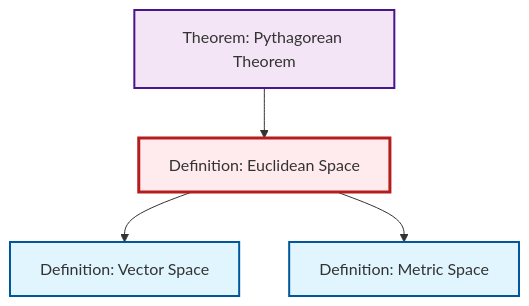
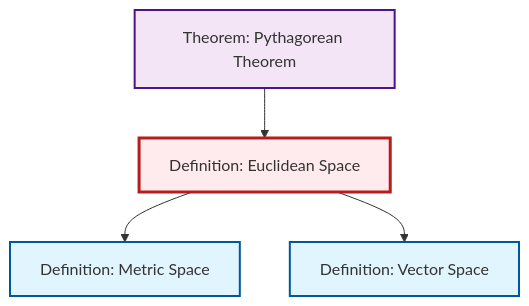
Before and after one commit to RK0429/ModernMath: the second of 2 diagrams in content/ja/geometry/def-euclidean-space.qmd, drawn with Mermaid. The commit also changed other lines of this file and 497 other files, not shown here.

````diff
--- a/content/ja/geometry/def-euclidean-space.qmd
+++ b/content/ja/geometry/def-euclidean-space.qmd
@@ -68,20 +68,20 @@
 ```{mermaid}
 %%| fig-cap: "Local dependency graph"
 graph TD
     classDef definition fill:#e1f5fe,stroke:#01579b,stroke-width:2px
     classDef theorem fill:#f3e5f5,stroke:#4a148c,stroke-width:2px
     classDef axiom fill:#fff3e0,stroke:#e65100,stroke-width:2px
     classDef example fill:#e8f5e9,stroke:#1b5e20,stroke-width:2px
     classDef current fill:#ffebee,stroke:#b71c1c,stroke-width:3px
+    def-euclidean-space["Definition: Euclidean Space"]:::definition
+    thm-pythagorean["Theorem: Pythagorean Theorem"]:::theorem
     def-metric-space["Definition: Metric Space"]:::definition
-    thm-pythagorean["Theorem: Pythagorean Theorem"]:::theorem
     def-vector-space["Definition: Vector Space"]:::definition
-    def-euclidean-space["Definition: Euclidean Space"]:::definition
+    thm-pythagorean --> def-euclidean-space
+    def-euclidean-space --> def-metric-space
     def-euclidean-space --> def-vector-space
-    def-euclidean-space --> def-metric-space
-    thm-pythagorean --> def-euclidean-space
     class def-euclidean-space current
+    click thm-pythagorean "thm-pythagorean.html" "Theorem: Pythagorean Theoremへ"
     click def-metric-space "def-metric-space.html" "Definition: Metric Spaceへ"
-    click thm-pythagorean "thm-pythagorean.html" "Theorem: Pythagorean Theoremへ"
     click def-vector-space "def-vector-space.html" "Definition: Vector Spaceへ"
 ```
````
